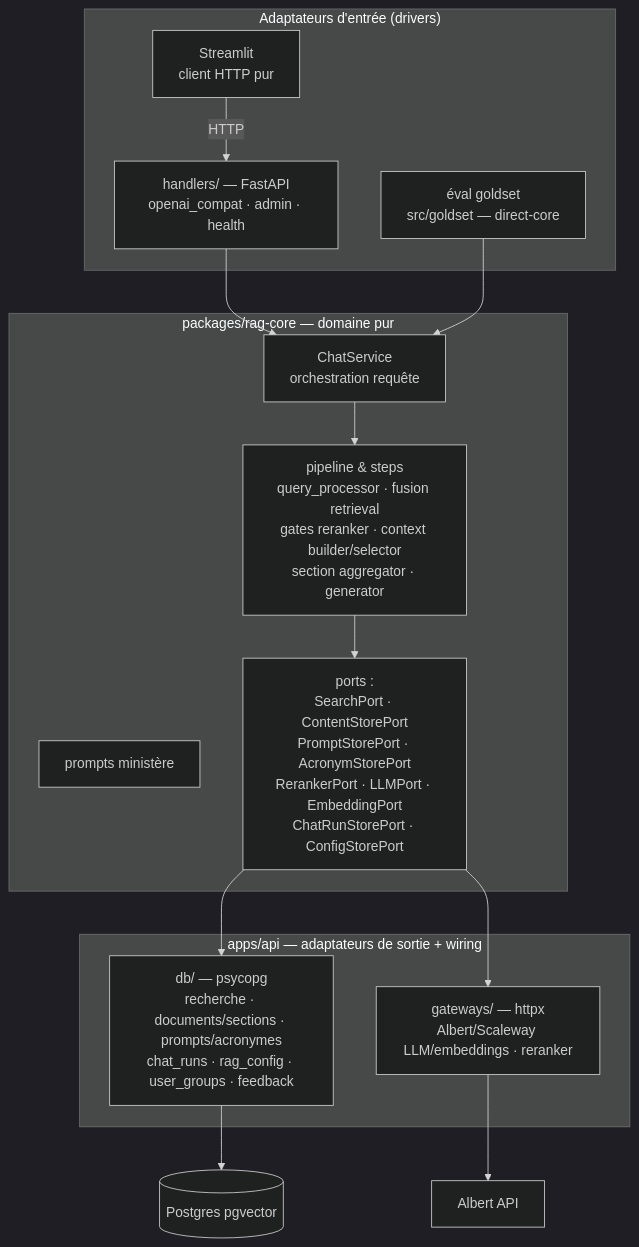
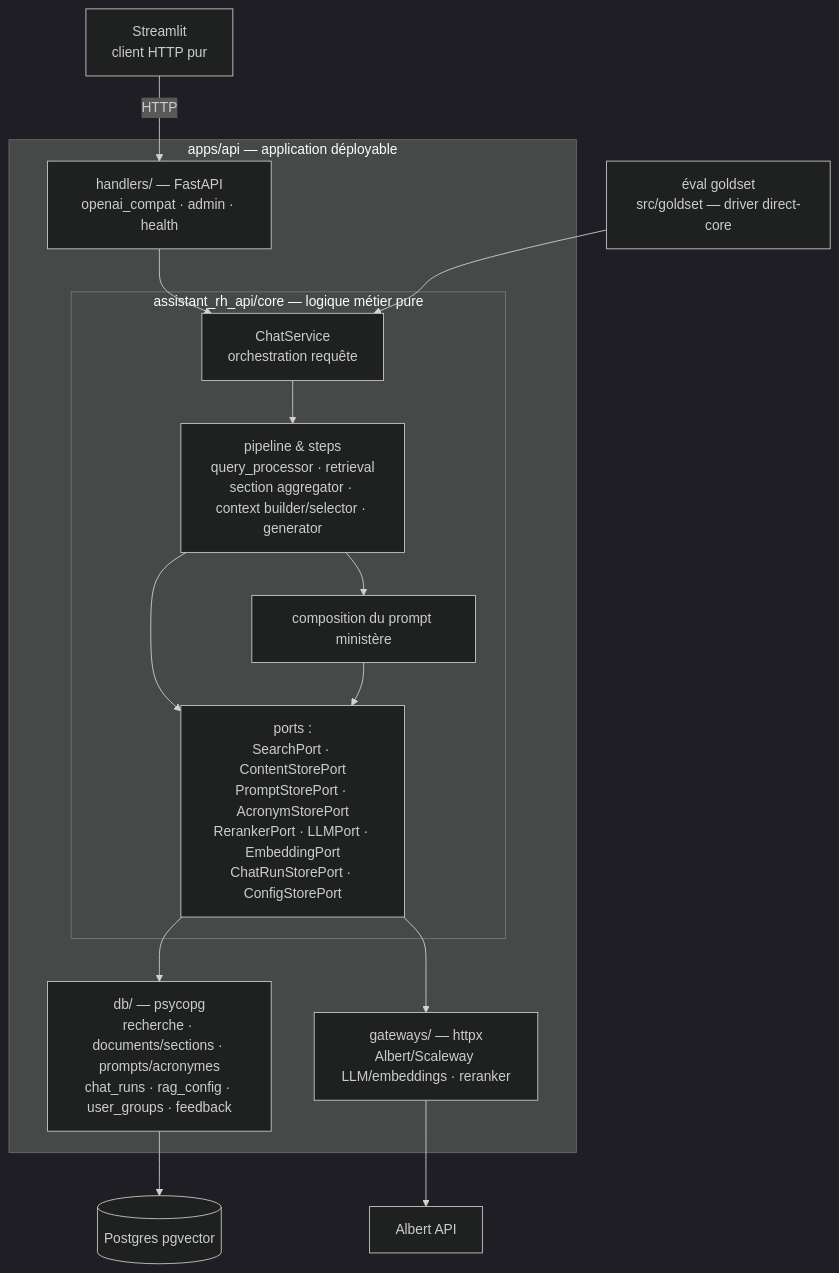
One commit to DGAFP/assistant-rh changed the diagram in docs/architecture/hexagonal-split/01-target-architecture.md. Above: the diagram before and after it, drawn with Mermaid (dark theme). The commit also changed other lines of this file and 7 other files, not shown here.

````diff
--- a/docs/architecture/hexagonal-split/01-target-architecture.md
+++ b/docs/architecture/hexagonal-split/01-target-architecture.md
@@ -7,30 +7,31 @@
 ```mermaid
 flowchart TB
-    subgraph drivers ["Adaptateurs d'entrée (drivers)"]
+    ST[Streamlit<br/>client HTTP pur]
+    EV[éval goldset<br/>src/goldset — driver direct-core]
+
+    subgraph api ["apps/api — application déployable"]
         H[handlers/ — FastAPI<br/>openai_compat · admin · health]
-        EV[éval goldset<br/>src/goldset — direct-core]
-        ST[Streamlit<br/>client HTTP pur]
-    end
 
-    subgraph core ["packages/rag-core — domaine pur"]
-        CS[ChatService<br/>orchestration requête]
-        P[pipeline & steps<br/>query_processor · fusion retrieval<br/>gates reranker · context builder/selector<br/>section aggregator · generator]
-        PR[prompts ministère]
-        PO[ports :<br/>SearchPort · ContentStorePort<br/>PromptStorePort · AcronymStorePort<br/>RerankerPort · LLMPort · EmbeddingPort<br/>ChatRunStorePort · ConfigStorePort]
-    end
+        subgraph core ["assistant_rh_api/core — logique métier pure"]
+            CS[ChatService<br/>orchestration requête]
+            P[pipeline & steps<br/>query_processor · retrieval<br/>section aggregator · context builder/selector · generator]
+            PP[composition du prompt ministère]
+            PO[ports :<br/>SearchPort · ContentStorePort<br/>PromptStorePort · AcronymStorePort<br/>RerankerPort · LLMPort · EmbeddingPort<br/>ChatRunStorePort · ConfigStorePort]
+        end
 
-    subgraph driven ["apps/api — adaptateurs de sortie + wiring"]
         DB[db/ — psycopg<br/>recherche · documents/sections · prompts/acronymes<br/>chat_runs · rag_config · user_groups · feedback]
         GW[gateways/ — httpx<br/>Albert/Scaleway LLM/embeddings · reranker]
     end
 
     ST -->|HTTP| H
     H --> CS
     EV --> CS
     CS --> P
+    P --> PP
     P --> PO
+    PP --> PO
     PO --> DB
     PO --> GW
     DB --> PG[(Postgres pgvector)]
     GW --> ALB[Albert API]
 ```
````
